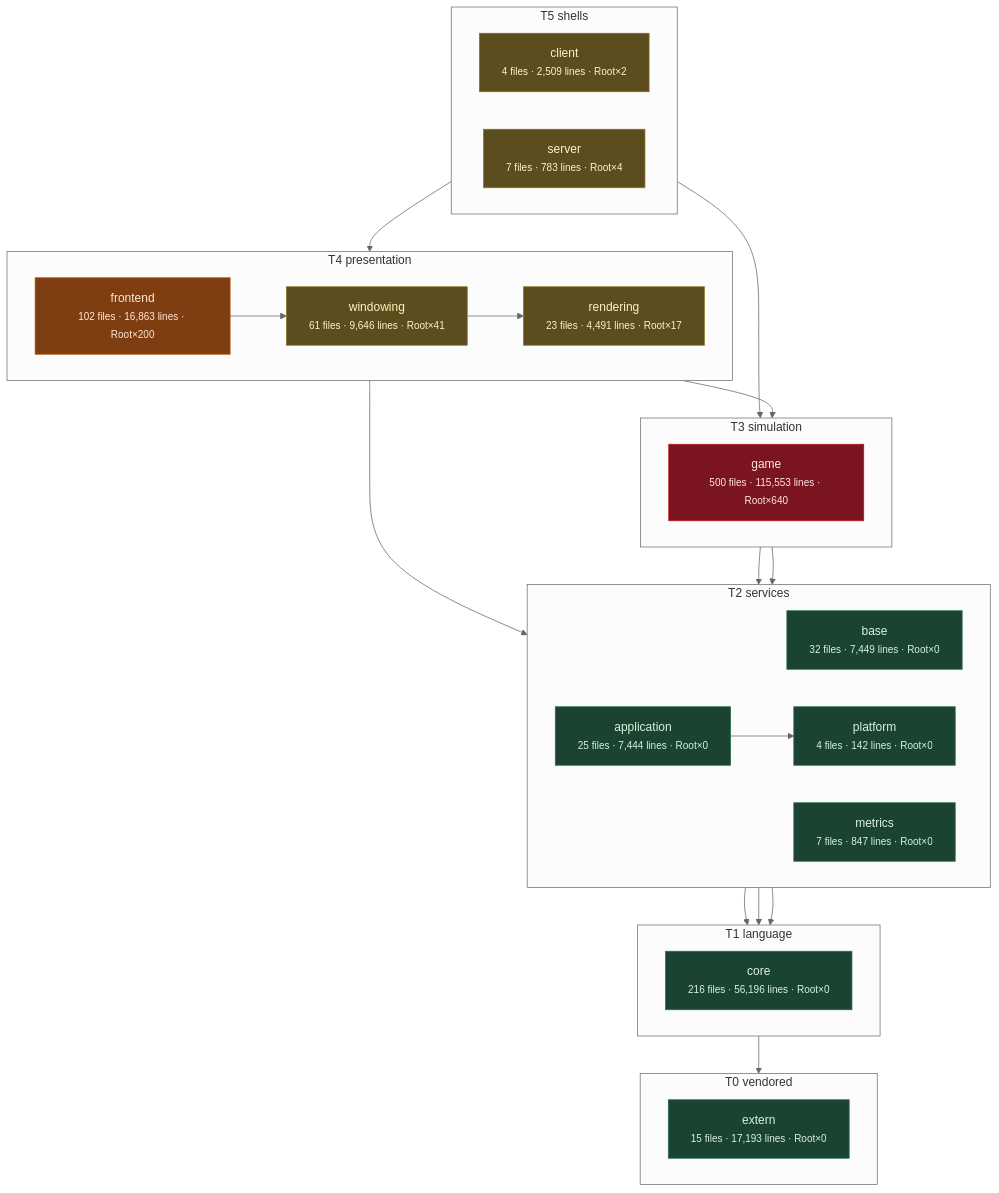
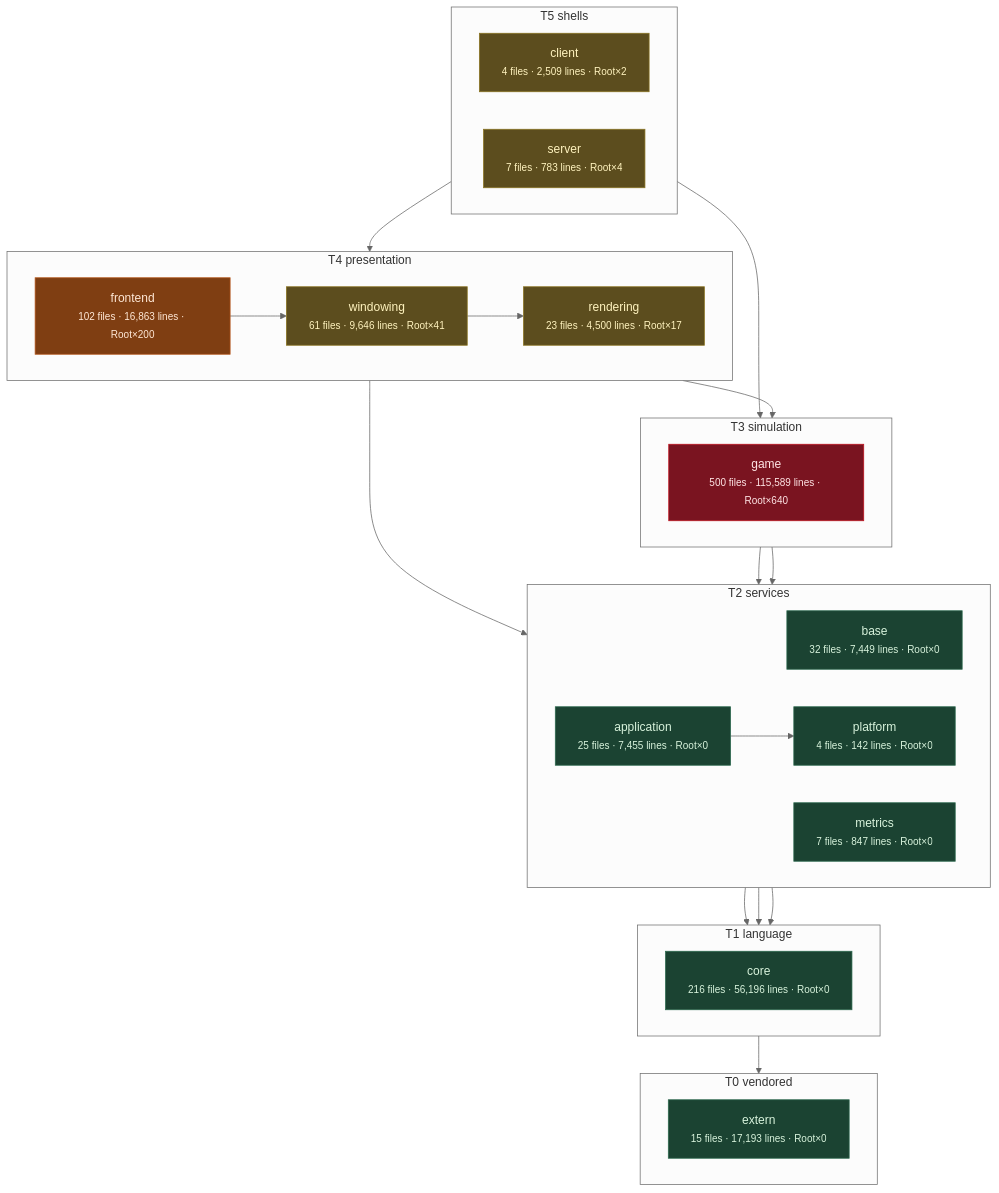
The third of 11 diagrams in docs/architecture/system-boundaries.md (apnex/OpenStarbound), drawn with Mermaid (neutral theme) before and after one commit. The commit also changed other lines of this file and 8 other files, not shown here.

````diff
--- a/docs/architecture/system-boundaries.md
+++ b/docs/architecture/system-boundaries.md
@@ -271,54 +271,54 @@
 ```mermaid
 flowchart TD
   subgraph T0["T0 vendored"]
     direction LR
     extern["extern<br/><small>15 files · 17,193 lines · Root×0</small>"]
   end
   subgraph T1["T1 language"]
     direction LR
     core["core<br/><small>216 files · 56,196 lines · Root×0</small>"]
   end
   subgraph T2["T2 services"]
     direction LR
     base["base<br/><small>32 files · 7,449 lines · Root×0</small>"]
     metrics["metrics<br/><small>7 files · 847 lines · Root×0</small>"]
     platform["platform<br/><small>4 files · 142 lines · Root×0</small>"]
-    application["application<br/><small>25 files · 7,444 lines · Root×0</small>"]
+    application["application<br/><small>25 files · 7,455 lines · Root×0</small>"]
   end
   subgraph T3["T3 simulation"]
     direction LR
-    game["game<br/><small>500 files · 115,553 lines · Root×640</small>"]
+    game["game<br/><small>500 files · 115,589 lines · Root×640</small>"]
   end
   subgraph T4["T4 presentation"]
     direction LR
-    rendering["rendering<br/><small>23 files · 4,491 lines · Root×17</small>"]
+    rendering["rendering<br/><small>23 files · 4,500 lines · Root×17</small>"]
     windowing["windowing<br/><small>61 files · 9,646 lines · Root×41</small>"]
     frontend["frontend<br/><small>102 files · 16,863 lines · Root×200</small>"]
   end
   subgraph T5["T5 shells"]
     direction LR
     client["client<br/><small>4 files · 2,509 lines · Root×2</small>"]
     server["server<br/><small>7 files · 783 lines · Root×4</small>"]
   end
   core --> extern
   base --> core
   metrics --> core
   platform --> core
   application --> platform
   game --> base
   game --> platform
   rendering --> application
   rendering --> game
   windowing --> rendering
   frontend --> windowing
   client --> frontend
   server --> game
   classDef clean fill:#1b4332,stroke:#2d6a4f,color:#d8f3dc
   classDef warm  fill:#5c4d1e,stroke:#8a7420,color:#fff3bf
   classDef hot   fill:#7f3e12,stroke:#b5561b,color:#ffe8d6
   classDef blaze fill:#7a1420,stroke:#c1121f,color:#ffe5e5
   class extern,core,base,metrics,platform,application clean
   class rendering,windowing,client,server warm
   class frontend hot
   class game blaze
 ```
````
